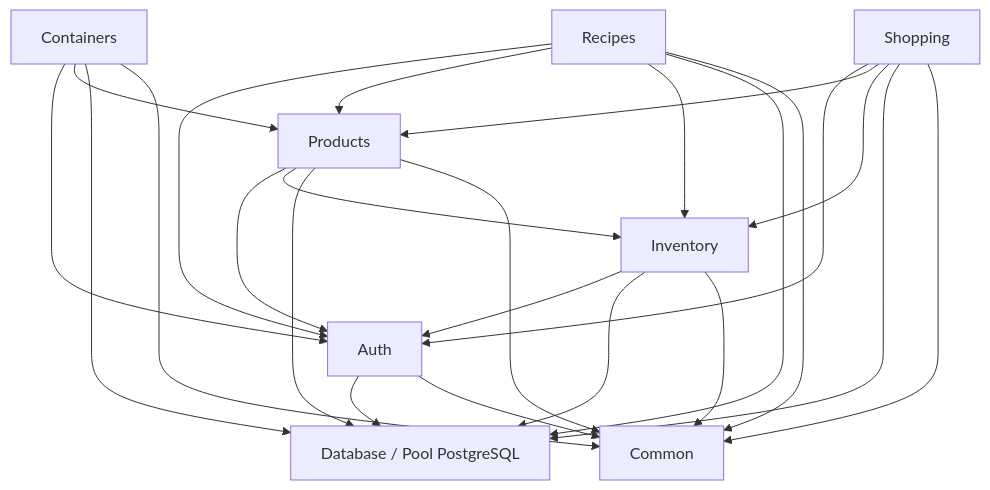
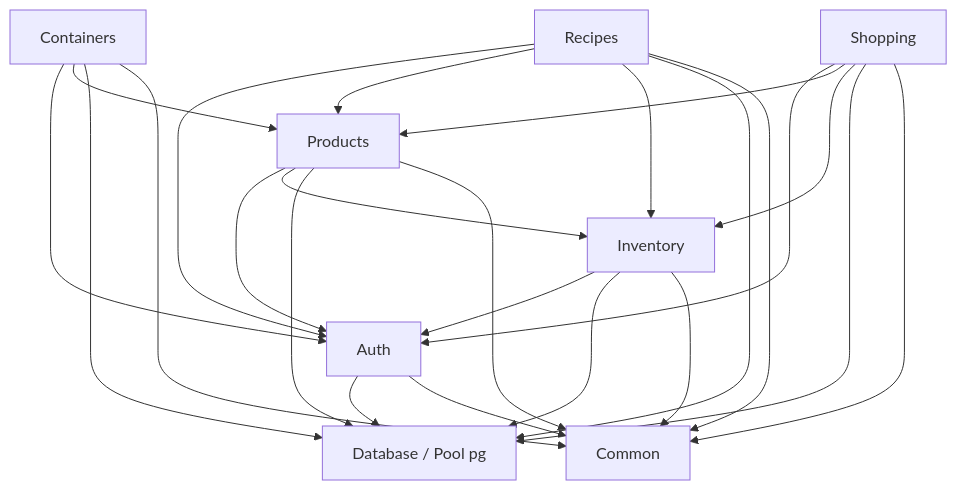
One commit to AlejandroPedrosa/Nido-SmartHome changed the seventh of 7 diagrams in docs/modulos.md. Above: the diagram before and after it, drawn with Mermaid. The commit also changed other lines of this file and 4 other files, not shown here.

````diff
--- a/docs/modulos.md
+++ b/docs/modulos.md
@@ -593,40 +631,40 @@
 ```mermaid
 graph TD
     Auth[Auth]
     Products[Products]
     Containers[Containers]
     Recipes[Recipes]
     Inventory[Inventory]
     Shopping[Shopping]
     Common[Common]
-    Database[Database / Pool PostgreSQL]
+    Database[Database / Pool pg]
 
     Auth --> Database
     Auth --> Common
 
     Products --> Auth
     Products --> Inventory
     Products --> Database
     Products --> Common
 
     Containers --> Auth
     Containers --> Products
     Containers --> Database
     Containers --> Common
 
     Recipes --> Auth
     Recipes --> Products
     Recipes --> Inventory
     Recipes --> Database
     Recipes --> Common
 
     Inventory --> Auth
     Inventory --> Database
     Inventory --> Common
 
     Shopping --> Auth
     Shopping --> Products
     Shopping --> Inventory
     Shopping --> Database
     Shopping --> Common
 ```
````
